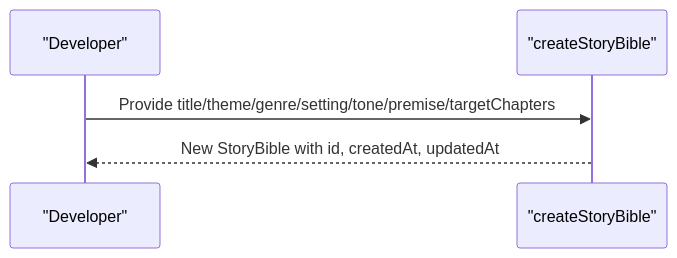
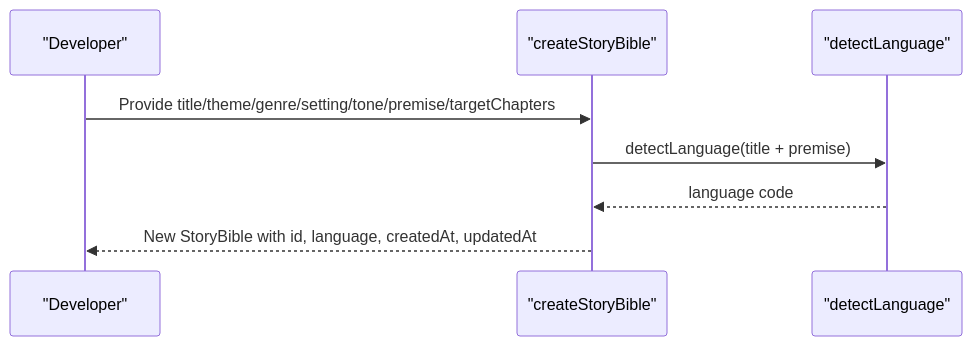
The seventh of 13 diagrams in .qoder/repowiki/en/content/Story Management System/Story Bible Management.md (liwonder/NARRITIVE_OS), drawn with Mermaid before and after one commit. The commit also changed other lines of this file and 10 other files, not shown here.

````diff
--- a/.qoder/repowiki/en/content/Story Management System/Story Bible Management.md
+++ b/.qoder/repowiki/en/content/Story Management System/Story Bible Management.md
@@ -242,7 +309,10 @@
 ```mermaid
 sequenceDiagram
 participant Dev as "Developer"
 participant API as "createStoryBible"
+participant LD as "detectLanguage"
 Dev->>API : Provide title/theme/genre/setting/tone/premise/targetChapters
-API-->>Dev : New StoryBible with id, createdAt, updatedAt
+API->>LD : detectLanguage(title + premise)
+LD-->>API : language code
+API-->>Dev : New StoryBible with id, language, createdAt, updatedAt
 ```
````
